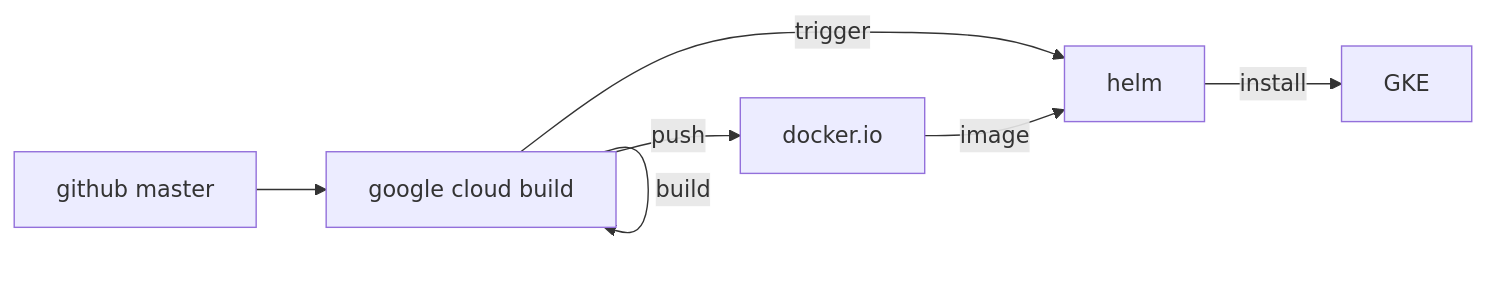
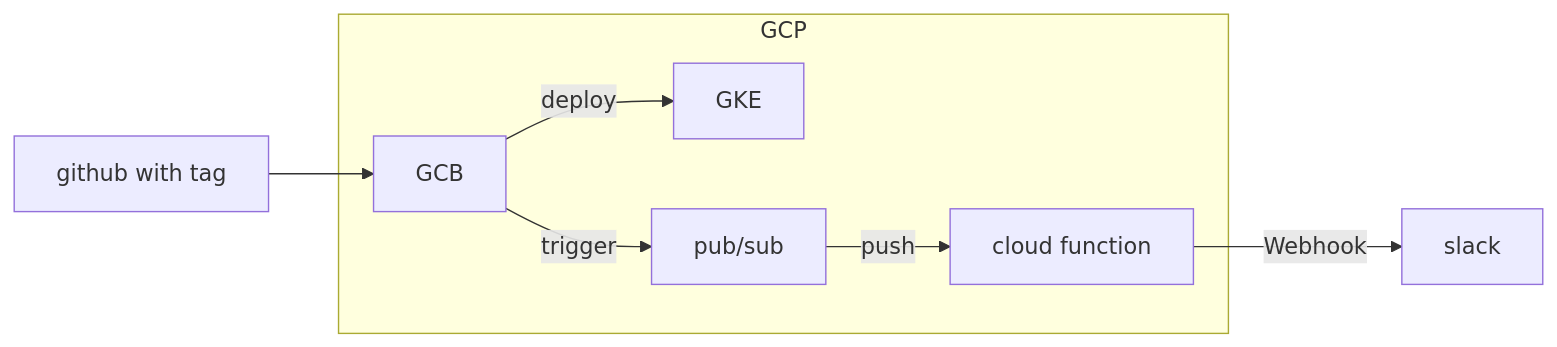
Before and after one commit to i-pu/ipu-room: the diagram in docs/ci-cd/main.md, drawn with Mermaid. The commit also changed other lines of this file and 1 other file, not shown here.

Commit message:
add cicd image

````diff
--- a/docs/ci-cd/main.md
+++ b/docs/ci-cd/main.md
@@ -30,9 +30,10 @@
 ```mermaid
 graph LR
-  GIT[github master] --> GCB[google cloud build]
-  GCB -- push --> DOCKER[docker.io]
-  GCB -- build --> GCB 
-  GCB -- trigger --> HELM[helm]
-  DOCKER -- image --> HELM
-  HELM -- install --> GKE
+  GIT[github with tag] --> GCB 
+  subgraph GCP
+    GCB --> |deploy| GKE
+    GCB --> |trigger| PS[pub/sub]
+    PS --> |push| CF[cloud function]
+  end
+  CF --> |Webhook| SL[slack]
 ```
````
